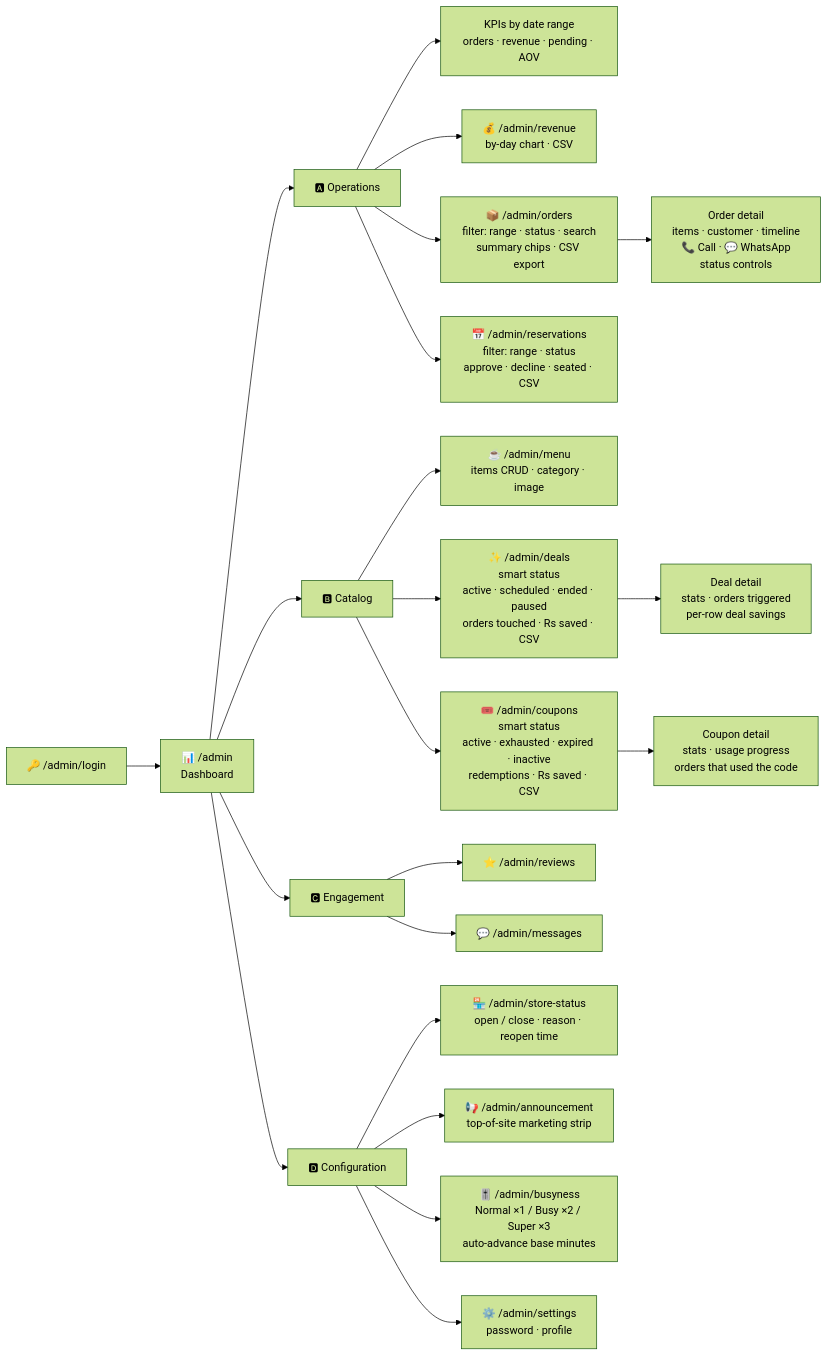
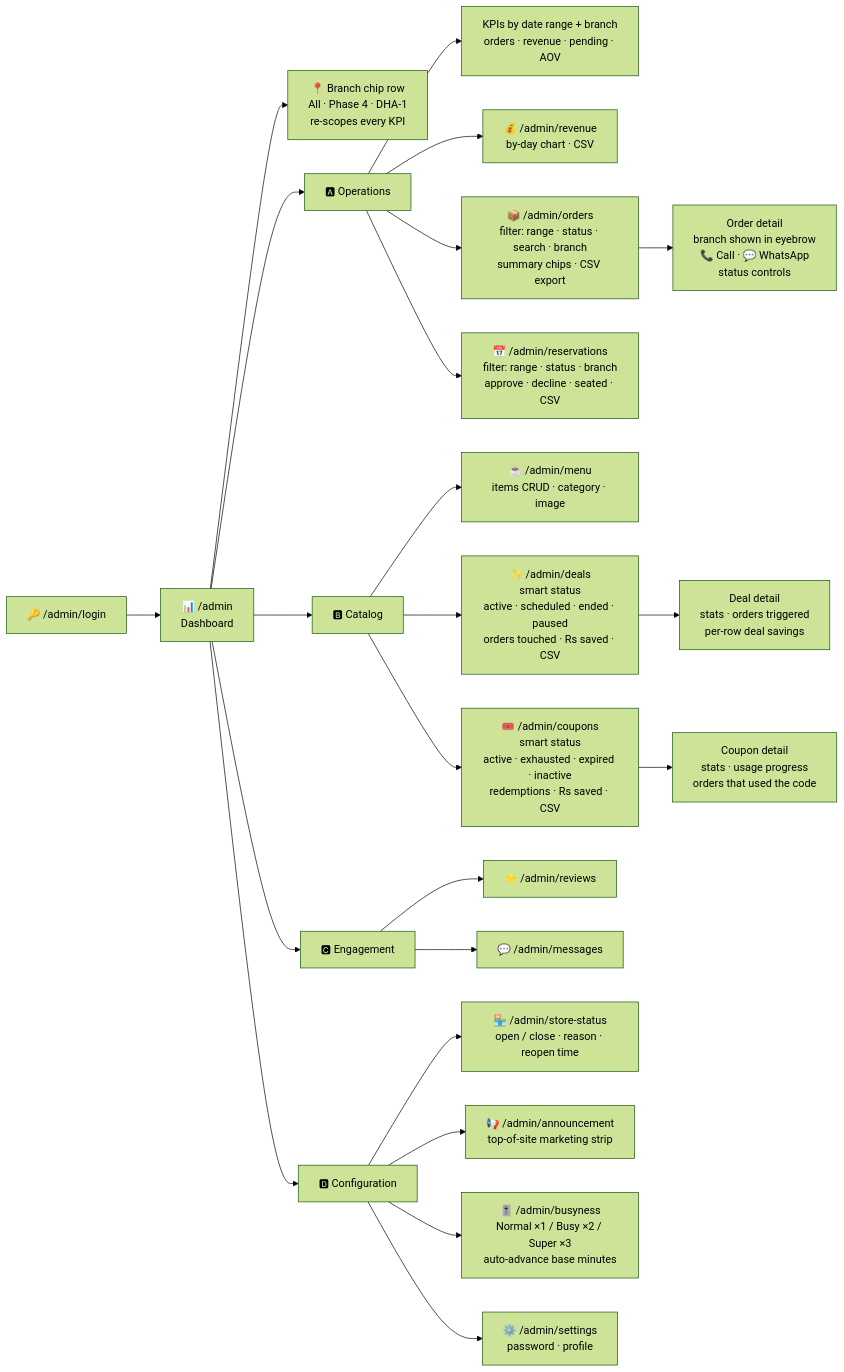
Before and after one commit to MirzaMuhammadBaig/meseta-coffee: the fifth of 11 diagrams in SITE-FLOW.md, drawn with Mermaid (forest theme). The commit also changed other lines of this file and 1 other file, not shown here.

Commit message:
docs(branches): update README + SITE-FLOW with multi-branch architecture

````diff
--- a/SITE-FLOW.md
+++ b/SITE-FLOW.md
@@ -208,28 +261,29 @@
 ```mermaid
 flowchart LR
     Login["🔑 /admin/login"] --> Dash["📊 /admin<br/>Dashboard"]
 
+    Dash --> BrFilt["📍 Branch chip row<br/>All · Phase 4 · DHA-1<br/>re-scopes every KPI"]
     Dash --> Ops["🅰 Operations"]
-    Ops --> Stats["KPIs by date range<br/>orders · revenue · pending · AOV"]
+    Ops --> Stats["KPIs by date range + branch<br/>orders · revenue · pending · AOV"]
     Ops --> RevRep["💰 /admin/revenue<br/>by-day chart · CSV"]
-    Ops --> OrdL["📦 /admin/orders<br/>filter: range · status · search<br/>summary chips · CSV export"]
-    OrdL --> OrdDet["Order detail<br/>items · customer · timeline<br/>📞 Call · 💬 WhatsApp<br/>status controls"]
-    Ops --> ResvL["📅 /admin/reservations<br/>filter: range · status<br/>approve · decline · seated · CSV"]
+    Ops --> OrdL["📦 /admin/orders<br/>filter: range · status · search · branch<br/>summary chips · CSV export"]
+    OrdL --> OrdDet["Order detail<br/>branch shown in eyebrow<br/>📞 Call · 💬 WhatsApp<br/>status controls"]
+    Ops --> ResvL["📅 /admin/reservations<br/>filter: range · status · branch<br/>approve · decline · seated · CSV"]
 
     Dash --> Cat["🅱 Catalog"]
     Cat --> MenuL["☕ /admin/menu<br/>items CRUD · category · image"]
     Cat --> DealL["✨ /admin/deals<br/>smart status<br/>active · scheduled · ended · paused<br/>orders touched · Rs saved · CSV"]
     DealL --> DealD["Deal detail<br/>stats · orders triggered<br/>per-row deal savings"]
     Cat --> CpnL["🎟️ /admin/coupons<br/>smart status<br/>active · exhausted · expired · inactive<br/>redemptions · Rs saved · CSV"]
     CpnL --> CpnD["Coupon detail<br/>stats · usage progress<br/>orders that used the code"]
 
     Dash --> Eng["🅲 Engagement"]
     Eng --> RvM["⭐ /admin/reviews"]
     Eng --> MsgIn["💬 /admin/messages"]
 
     Dash --> Cfg["🅳 Configuration"]
     Cfg --> StSet["🏪 /admin/store-status<br/>open / close · reason · reopen time"]
     Cfg --> AncF["📢 /admin/announcement<br/>top-of-site marketing strip"]
     Cfg --> BzyF["🎚️ /admin/busyness<br/>Normal ×1 / Busy ×2 / Super ×3<br/>auto-advance base minutes"]
     Cfg --> SetF["⚙️ /admin/settings<br/>password · profile"]
 ```
````
